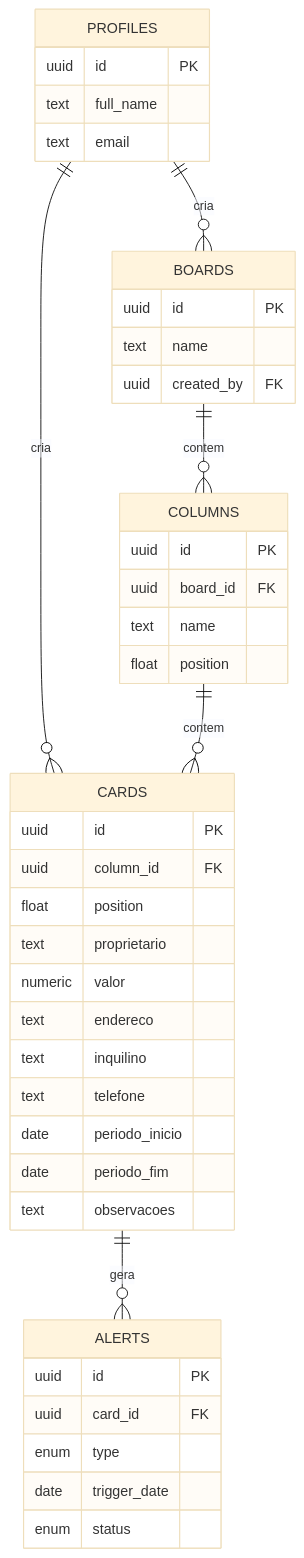
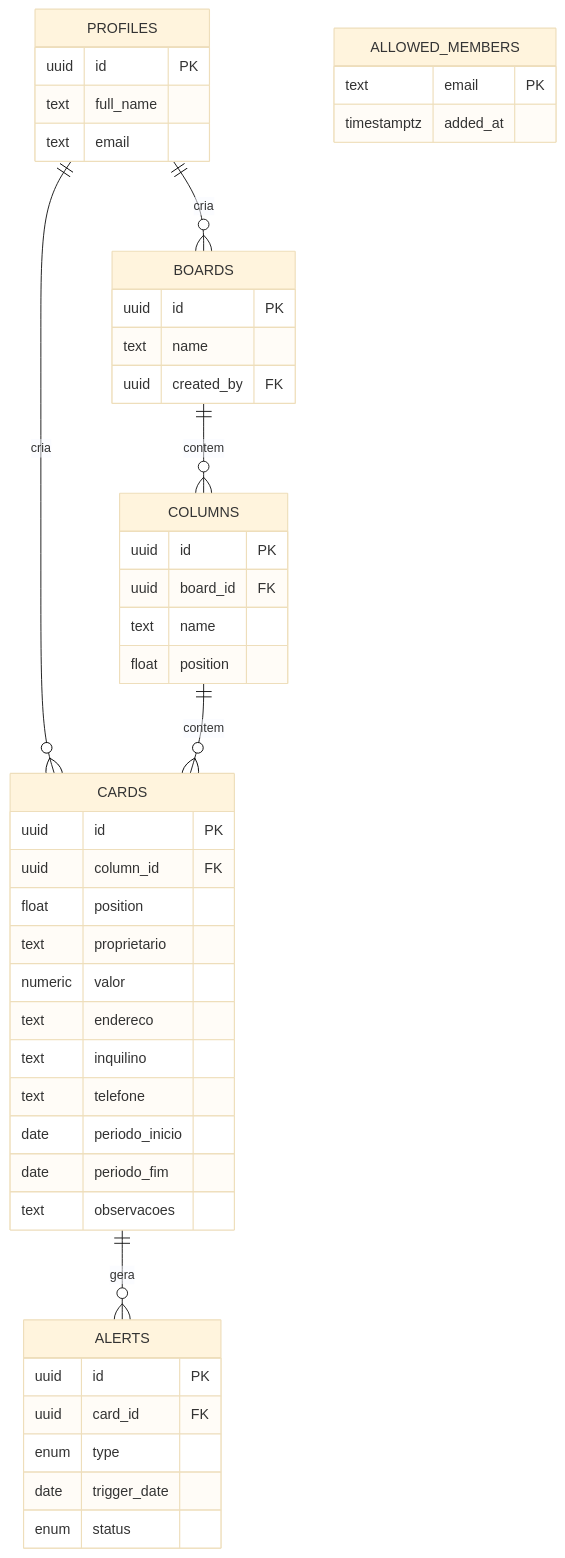
One commit to Vict0Rocha/kanban_gestao_aluguel changed the diagram in docs/data-model.md. Above: the diagram before and after it, drawn with Mermaid (base theme). The commit also changed other lines of this file, not shown here.

````diff
--- a/docs/data-model.md
+++ b/docs/data-model.md
@@ -5,45 +5,49 @@
 ```mermaid
 erDiagram
     PROFILES ||--o{ BOARDS : cria
     PROFILES ||--o{ CARDS : cria
     BOARDS ||--o{ COLUMNS : contem
     COLUMNS ||--o{ CARDS : contem
     CARDS ||--o{ ALERTS : gera
 
     PROFILES {
         uuid id PK
         text full_name
         text email
     }
     BOARDS {
         uuid id PK
         text name
         uuid created_by FK
     }
     COLUMNS {
         uuid id PK
         uuid board_id FK
         text name
         float position
     }
     CARDS {
         uuid id PK
         uuid column_id FK
         float position
         text proprietario
         numeric valor
         text endereco
         text inquilino
         text telefone
         date periodo_inicio
         date periodo_fim
         text observacoes
     }
     ALERTS {
         uuid id PK
         uuid card_id FK
         enum type
         date trigger_date
         enum status
     }
+    ALLOWED_MEMBERS {
+        text email PK
+        timestamptz added_at
+    }
 ```
````
